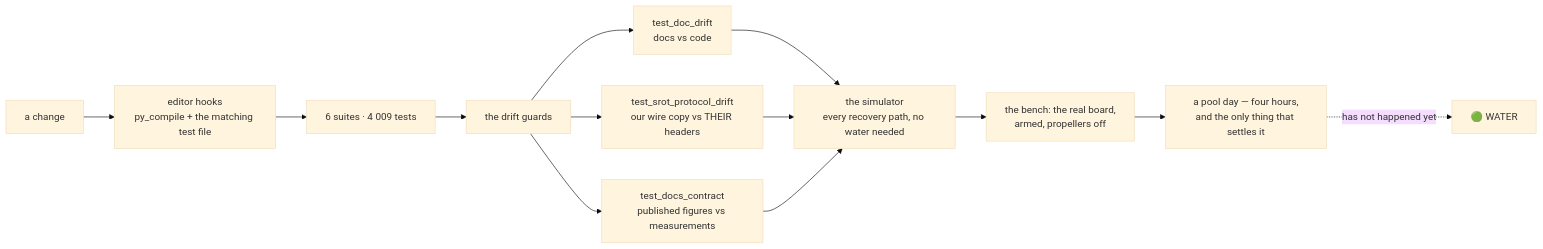
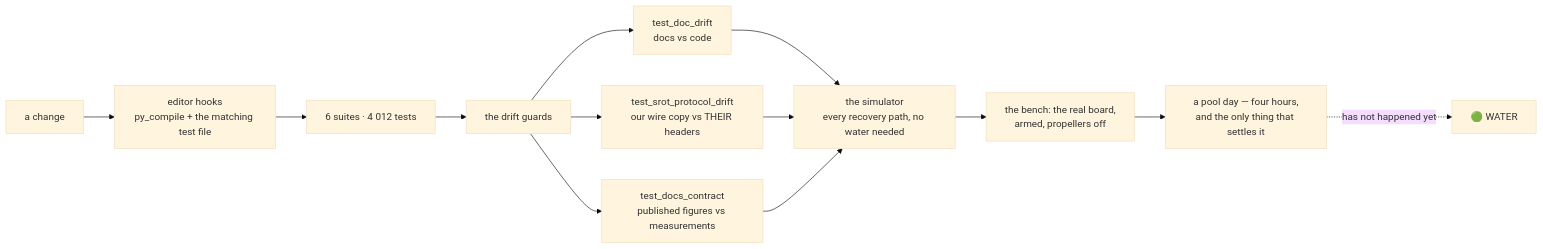
The ninth of 10 diagrams in README.md (fh1m/mongla_ws), drawn with Mermaid (base theme) before and after one commit. The commit also changed other lines of this file and 4 other files, not shown here.

````diff
--- a/README.md
+++ b/README.md
@@ -752,15 +752,15 @@
 ```mermaid
 flowchart LR
     DEV["a change"] --> HOOK["editor hooks<br/>py_compile + the matching test file"]
-    HOOK --> UNIT["6 suites · 4 009 tests"]
+    HOOK --> UNIT["6 suites · 4 012 tests"]
     UNIT --> GUARD["the drift guards"]
     GUARD --> G1["test_doc_drift<br/>docs vs code"]
     GUARD --> G2["test_srot_protocol_drift<br/>our wire copy vs THEIR headers"]
     GUARD --> G3["test_docs_contract<br/>published figures vs measurements"]
     G1 --> SIM["the simulator<br/>every recovery path, no water needed"]
     G2 --> SIM
     G3 --> SIM
     SIM --> BENCH["the bench: the real board,<br/>armed, propellers off"]
     BENCH --> POOL["a pool day — four hours,<br/>and the only thing that settles it"]
     POOL -.->|"has not happened yet"| WATER["🟢 WATER"]
 ```
````
